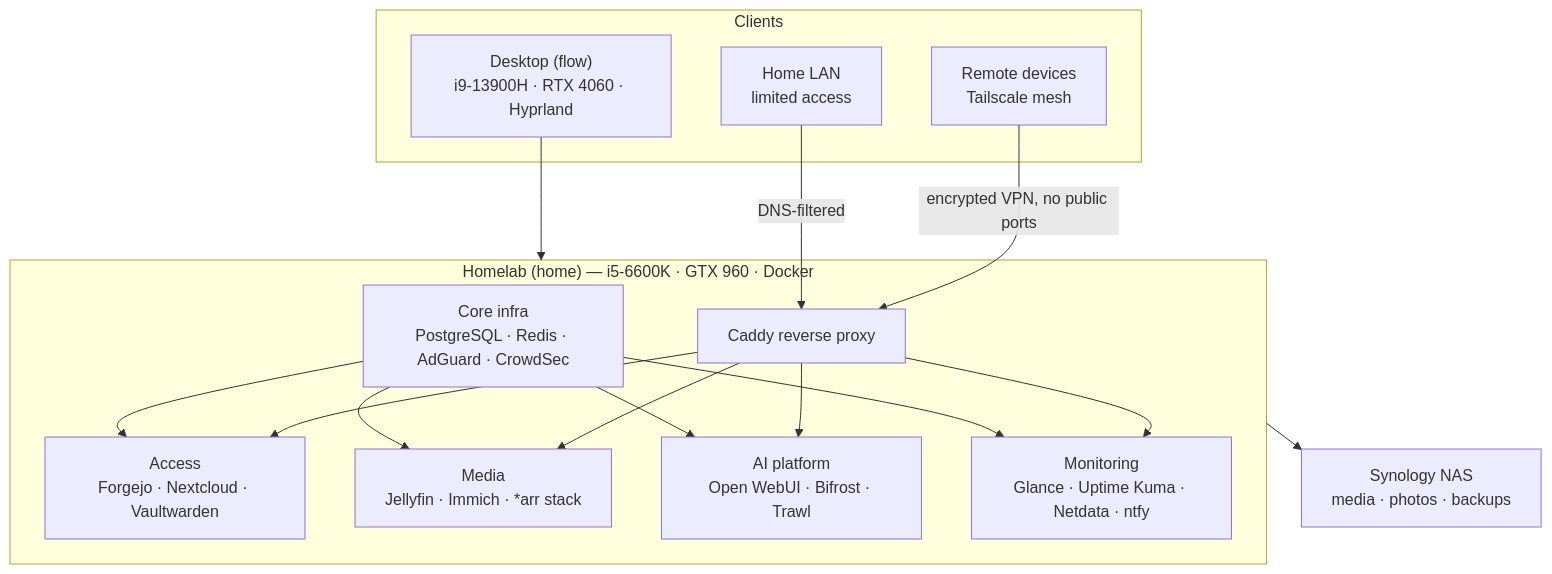
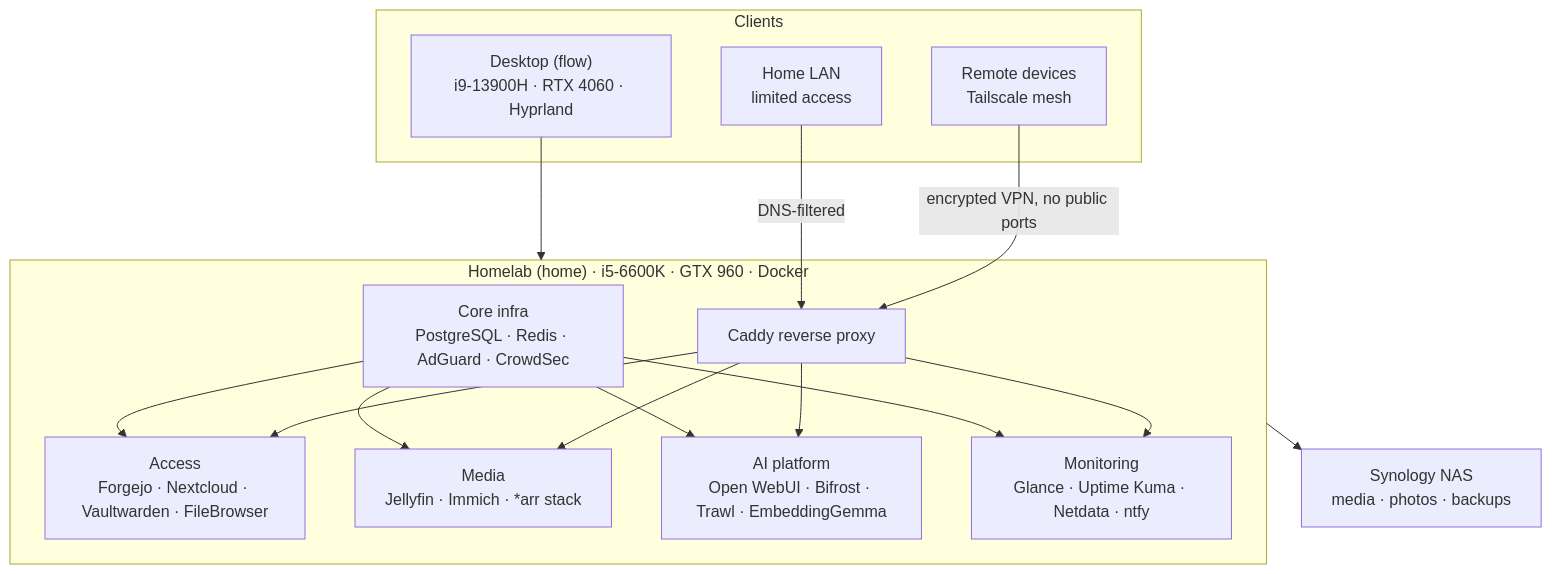
Before and after one commit to HasNate618/nixos-config-public: the first of 3 diagrams in README.md, drawn with Mermaid. The commit also changed other lines of this file and 233 other files, not shown here.

````diff
--- a/README.md
+++ b/README.md
@@ -19,26 +21,26 @@
 ```mermaid
 flowchart TB
     subgraph clients["Clients"]
         flow["Desktop (flow)<br/>i9-13900H · RTX 4060 · Hyprland"]
         remote["Remote devices<br/>Tailscale mesh"]
         lan["Home LAN<br/>limited access"]
     end
 
-    subgraph home["Homelab (home) — i5-6600K · GTX 960 · Docker"]
+    subgraph home["Homelab (home) · i5-6600K · GTX 960 · Docker"]
         caddy["Caddy reverse proxy"]
         infra["Core infra<br/>PostgreSQL · Redis · AdGuard · CrowdSec"]
-        access["Access<br/>Forgejo · Nextcloud · Vaultwarden"]
+        access["Access<br/>Forgejo · Nextcloud · Vaultwarden · FileBrowser"]
         media["Media<br/>Jellyfin · Immich · *arr stack"]
-        ai["AI platform<br/>Open WebUI · Bifrost · Trawl"]
+        ai["AI platform<br/>Open WebUI · Bifrost · Trawl · EmbeddingGemma"]
         mon["Monitoring<br/>Glance · Uptime Kuma · Netdata · ntfy"]
     end
 
     nas["Synology NAS<br/>media · photos · backups"]
 
     remote -->|"encrypted VPN, no public ports"| caddy
     flow --> home
     lan -->|"DNS-filtered"| caddy
     caddy --> access & media & ai & mon
     infra --> access & media & ai & mon
     home --> nas
 ```
````
